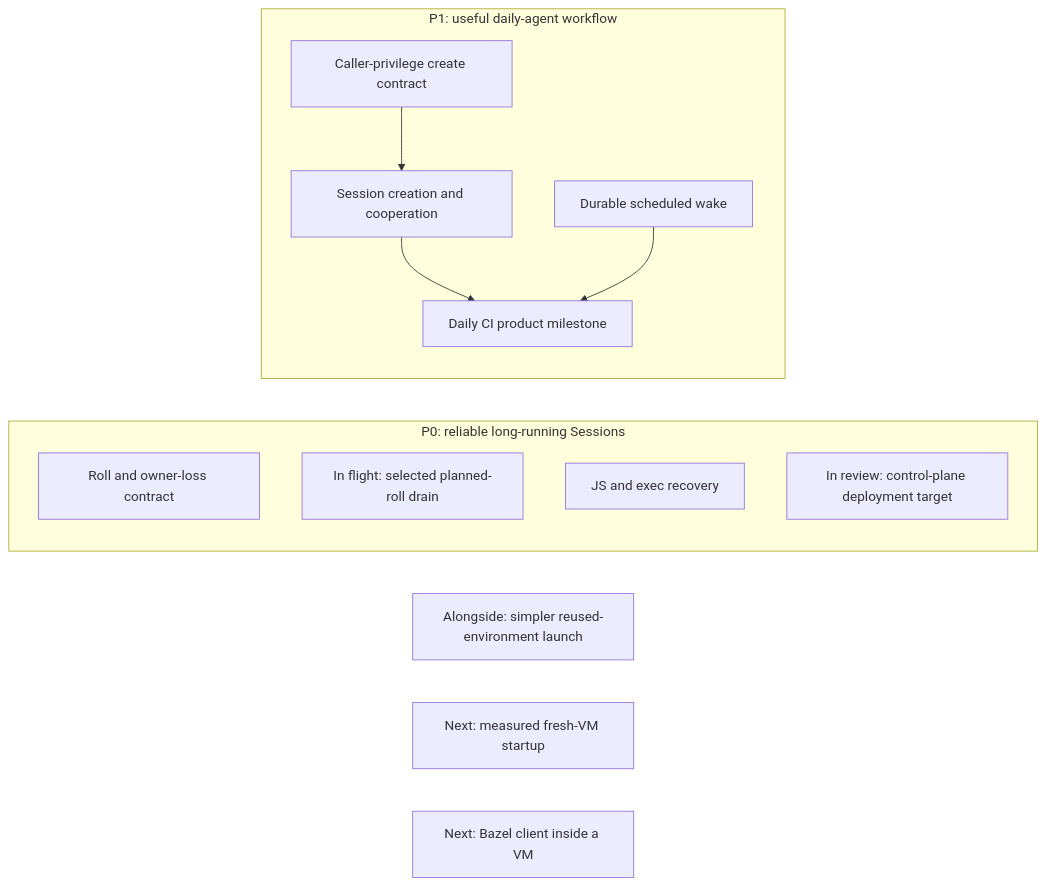
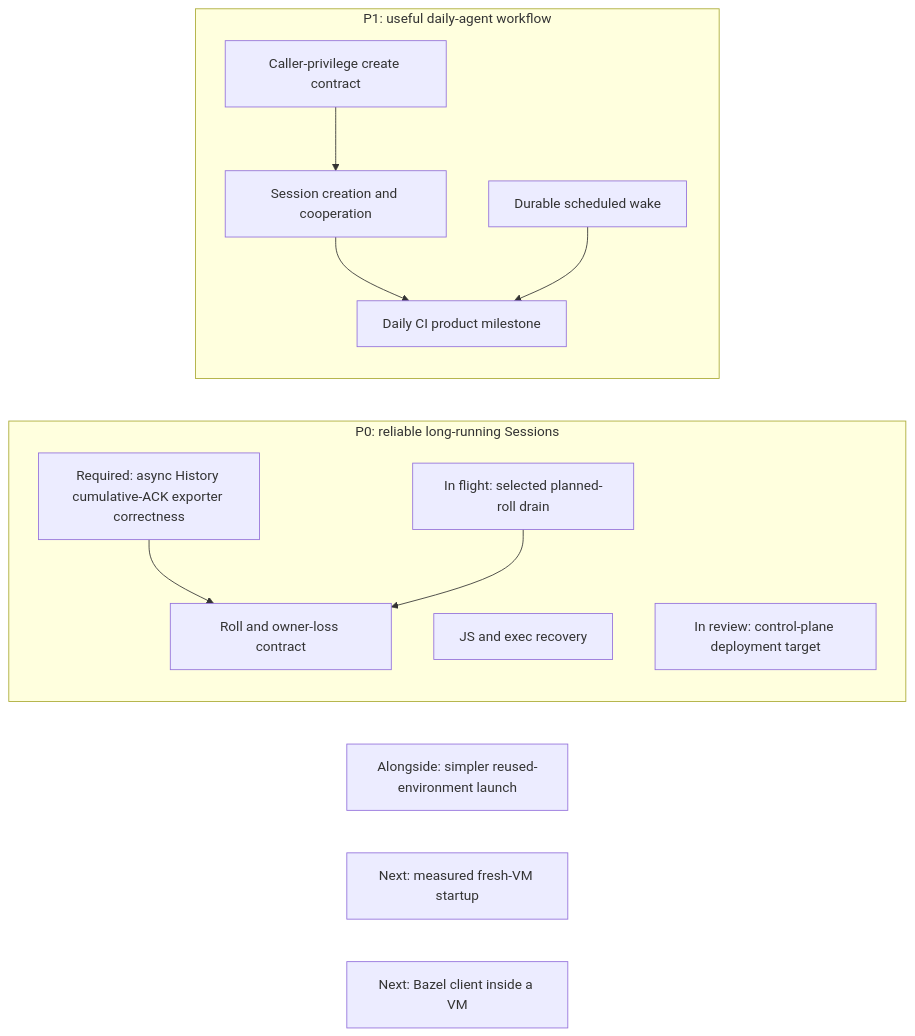
Before and after one commit to agentydragon/ducktape: the first of 18 diagrams in agentplane/plans/task_dag.md, drawn with Mermaid. The commit also changed other lines of this file, not shown here.

Commit message:
docs(agentplane): scope sampler rollout acceptance

````diff
--- a/agentplane/plans/task_dag.md
+++ b/agentplane/plans/task_dag.md
@@ -144,17 +145,20 @@
 ```mermaid
 flowchart LR
     subgraph PRIORITY_ZERO[P0: reliable long-running Sessions]
+        CENTRAL_SAMPLER_HISTORY_EXPORT[Required: async History cumulative-ACK exporter correctness]
         CENTRAL_SAMPLER_REPLICA_ROLLOUT[Roll and owner-loss contract]
         CENTRAL_SAMPLER_PLANNED_DRAIN[In flight: selected planned-roll drain]
         CENTRAL_SAMPLER_TOOL_RECOVERY[JS and exec recovery]
         CONTROL_PLANE_ROLLING_SERVICES[In review: control-plane deployment target]
+        CENTRAL_SAMPLER_HISTORY_EXPORT --> CENTRAL_SAMPLER_REPLICA_ROLLOUT
+        CENTRAL_SAMPLER_PLANNED_DRAIN --> CENTRAL_SAMPLER_REPLICA_ROLLOUT
     end
     subgraph PRIORITY_ONE[P1: useful daily-agent workflow]
         THREAD_CREATE_POLICY[Caller-privilege create contract] --> THREAD_CREATE_AUTHORIZATION[Session creation and cooperation]
         THREAD_CREATE_AUTHORIZATION --> DAILY_CI_AGENT[Daily CI product milestone]
         SCHEDULED_AGENT_WAKE[Durable scheduled wake] --> DAILY_CI_AGENT
     end
     SESSION_LAUNCH_FRICTION[Alongside: simpler reused-environment launch]
     VM_STARTUP_LATENCY[Next: measured fresh-VM startup]
     LOCAL_BAZEL[Next: Bazel client inside a VM]
 ```
````
